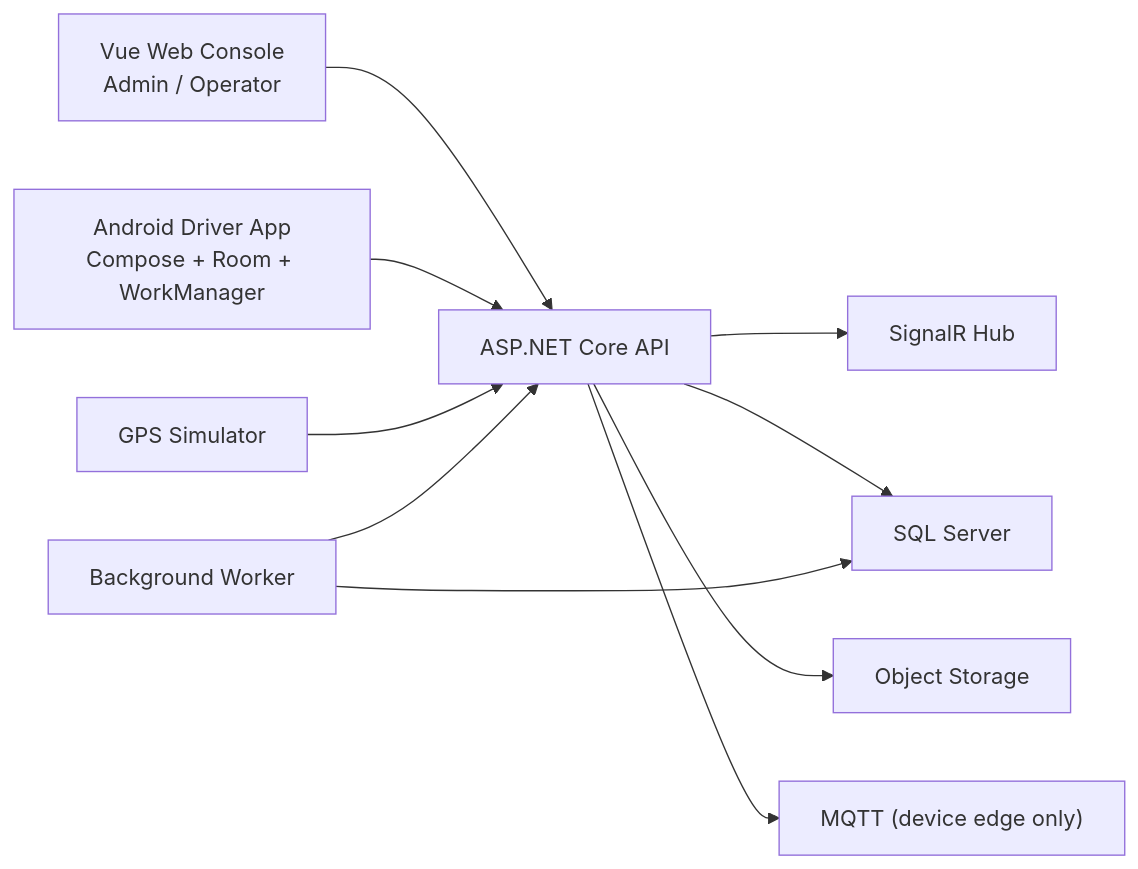
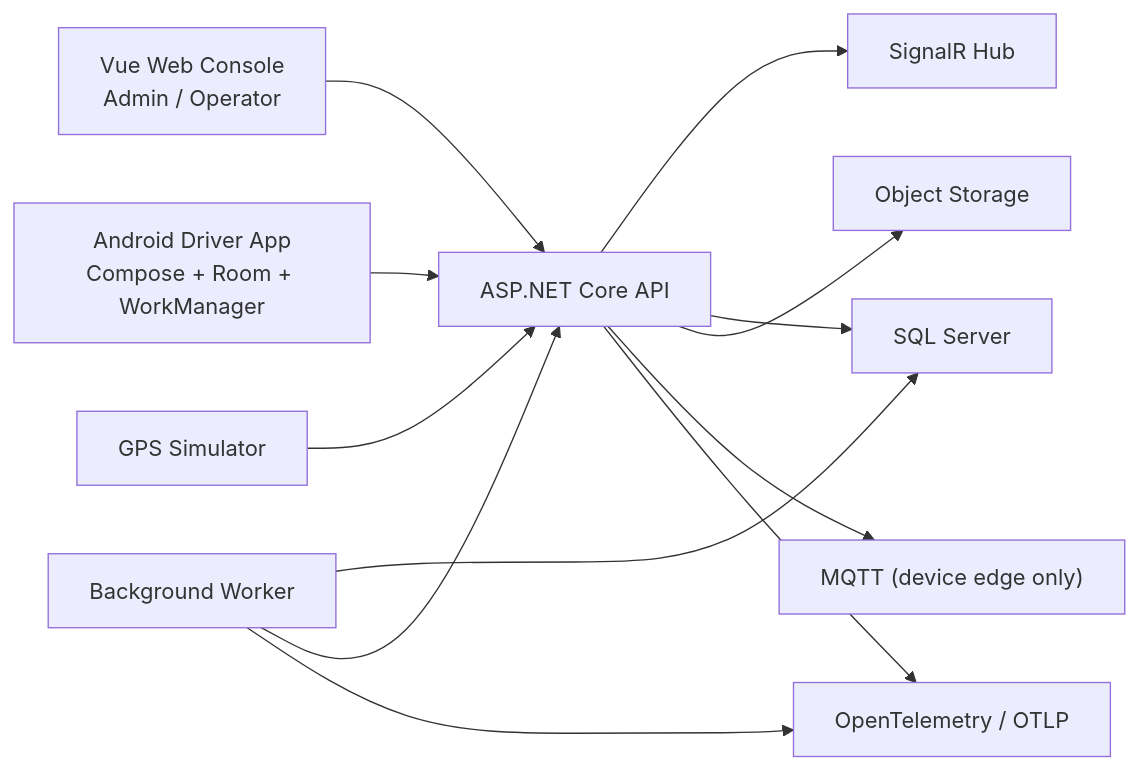
The first of 12 diagrams in README.md (VirgileDjimgou/Orkystra), drawn with Mermaid before and after one commit. The commit also changed other lines of this file and 164 other files, not shown here.

````diff
--- a/README.md
+++ b/README.md
@@ -43,12 +48,14 @@
 ```mermaid
 flowchart LR
     Web["Vue Web Console<br/>Admin / Operator"] --> Api["ASP.NET Core API"]
     Android["Android Driver App<br/>Compose + Room + WorkManager"] --> Api
     Simulator["GPS Simulator"] --> Api
     Api --> SignalR["SignalR Hub"]
     Api --> Db["SQL Server"]
     Api --> ObjectStore["Object Storage"]
     Api --> Mqtt["MQTT (device edge only)"]
     Worker["Background Worker"] --> Db
     Worker --> Api
+    Api --> OTel["OpenTelemetry / OTLP"]
+    Worker --> OTel
 ```
````
